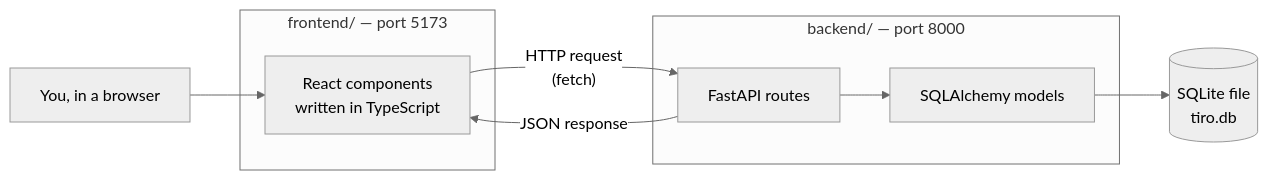
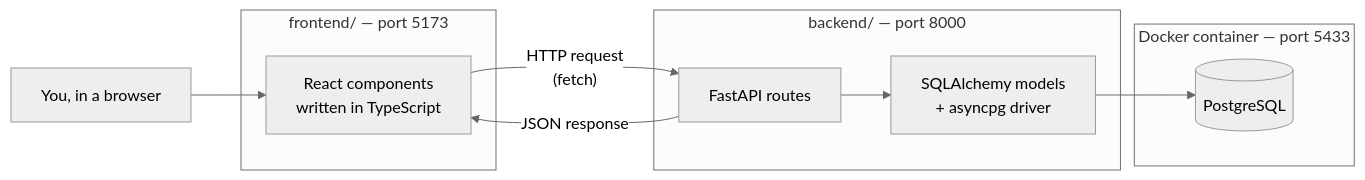
One commit to JAugustineFlory/gradus-i-tiro changed the diagram in guide/00-orientation.md. Above: the diagram before and after it, drawn with Mermaid (neutral theme). The commit also changed other lines of this file and 15 other files, not shown here.

````diff
--- a/guide/00-orientation.md
+++ b/guide/00-orientation.md
@@ -15,13 +36,16 @@
 ```mermaid
 flowchart LR
     U[You, in a browser] --> F
     subgraph Frontend [frontend/ — port 5173]
       F[React components<br/>written in TypeScript]
     end
     F -- "HTTP request<br/>(fetch)" --> B
     B -- "JSON response" --> F
     subgraph Backend [backend/ — port 8000]
-      B[FastAPI routes] --> O[SQLAlchemy models]
+      B[FastAPI routes] --> O[SQLAlchemy models<br/>+ asyncpg driver]
     end
-    O --> D[(SQLite file<br/>tiro.db)]
+    subgraph Docker [Docker container — port 5433]
+      D[(PostgreSQL)]
+    end
+    O --> D
 ```
````
